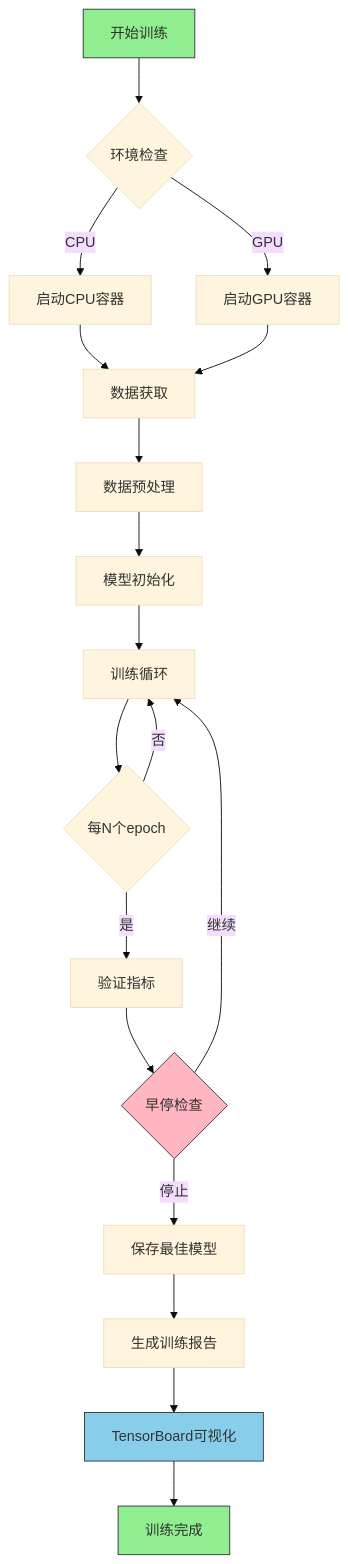
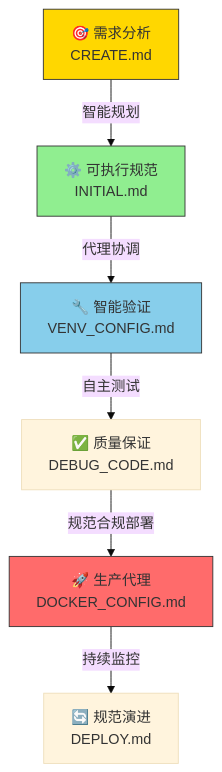
The third of 9 diagrams in README.md (ouyangshixiong/context-engineering-zh), drawn with Mermaid (base theme) before and after one commit. The commit also changed other lines of this file and 24 other files, not shown here.

````diff
--- a/README.md
+++ b/README.md
@@ -51,30 +157,13 @@
 ```mermaid
 flowchart TD
-    A[开始训练] --> B{环境检查}
-    B -->|CPU| C[启动CPU容器]
-    B -->|GPU| D[启动GPU容器]
+    A[🎯 需求分析<br/>CREATE.md] -->|智能规划| B[⚙️ 可执行规范<br/>INITIAL.md]
+    B -->|代理协调| C[🔧 智能验证<br/>VENV_CONFIG.md]
+    C -->|自主测试| D[✅ 质量保证<br/>DEBUG_CODE.md]
+    D -->|规范合规部署| E[🚀 生产代理<br/>DOCKER_CONFIG.md]
+    E -->|持续监控| F[🔄 规范演进<br/>DEPLOY.md]
     
-    C --> E[数据获取]
-    D --> E
-    
-    E --> F[数据预处理]
-    F --> G[模型初始化]
-    G --> H[训练循环]
-    
-    H --> I{每N个epoch}
-    I -->|是| J[验证指标]
-    I -->|否| H
-    
-    J --> K{早停检查}
-    K -->|继续| H
-    K -->|停止| L[保存最佳模型]
-    
-    L --> M[生成训练报告]
-    M --> N[TensorBoard可视化]
-    N --> O[训练完成]
-    
-    style A fill:#90EE90,stroke:#333
-    style O fill:#90EE90,stroke:#333
-    style K fill:#FFB6C1,stroke:#333
-    style N fill:#87CEEB,stroke:#333
+    style A fill:#FFD700,stroke:#333
+    style B fill:#90EE90,stroke:#333
+    style C fill:#87CEEB,stroke:#333
+    style E fill:#FF6B6B,stroke:#333
 ```
````
